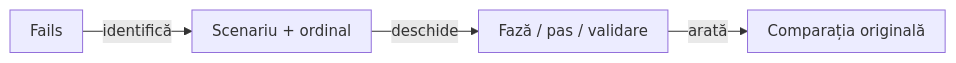
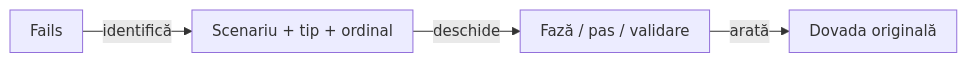
One commit to crististefanita/atf_j0 changed the tenth of 17 diagrams in atf-reporting/README.md. Above: the diagram before and after it, drawn with Mermaid. The commit also changed other lines of this file and 81 other files, not shown here.

````diff
--- a/atf-reporting/README.md
+++ b/atf-reporting/README.md
@@ -1347,7 +1447,7 @@
 ```mermaid
 %%{init: {"themeVariables":{"fontSize":"15px"},"themeCSS":".nodeLabel, .nodeLabel p { font-size: 15px !important; line-height: 1.35 !important; } .edgeLabel, .edgeLabel p { font-size: 12px !important; font-weight: 400 !important; line-height: 1.2 !important; } .edgeLabel .labelBkg, .edgeLabel p { background: transparent !important; } .edgeLabel foreignObject { transform: translateY(-18px); overflow: visible; } .node rect { rx: 6px; ry: 6px; }","flowchart":{"curve":"linear","nodeSpacing":24,"rankSpacing":40,"padding":10,"diagramPadding":16}}}%%
 flowchart LR
-    Index["Fails"] -->|identifică| Scenario["Scenariu + ordinal"]
+    Index["Fails"] -->|identifică| Scenario["Scenariu + tip + ordinal"]
     Scenario -->|deschide| Path["Fază / pas / validare"]
-    Path -->|arată| Row["Comparația originală"]
+    Path -->|arată| Row["Dovada originală"]
 ```
````
